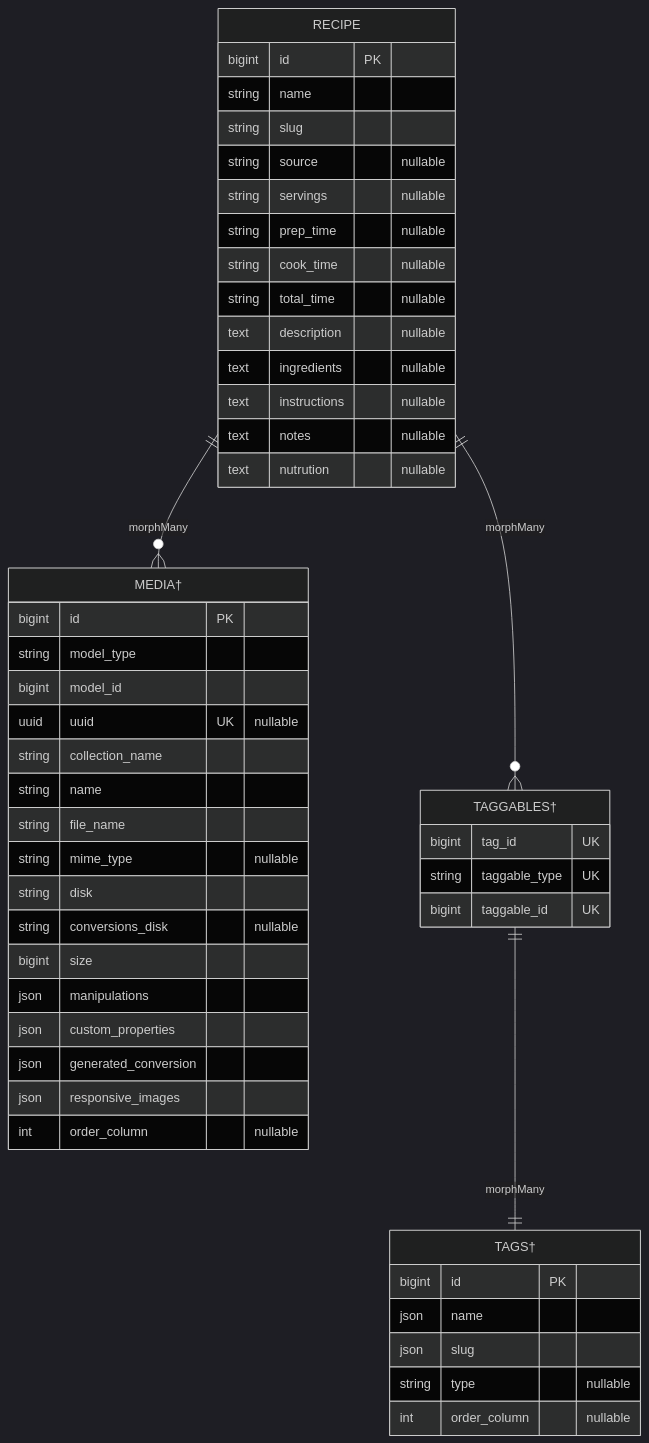
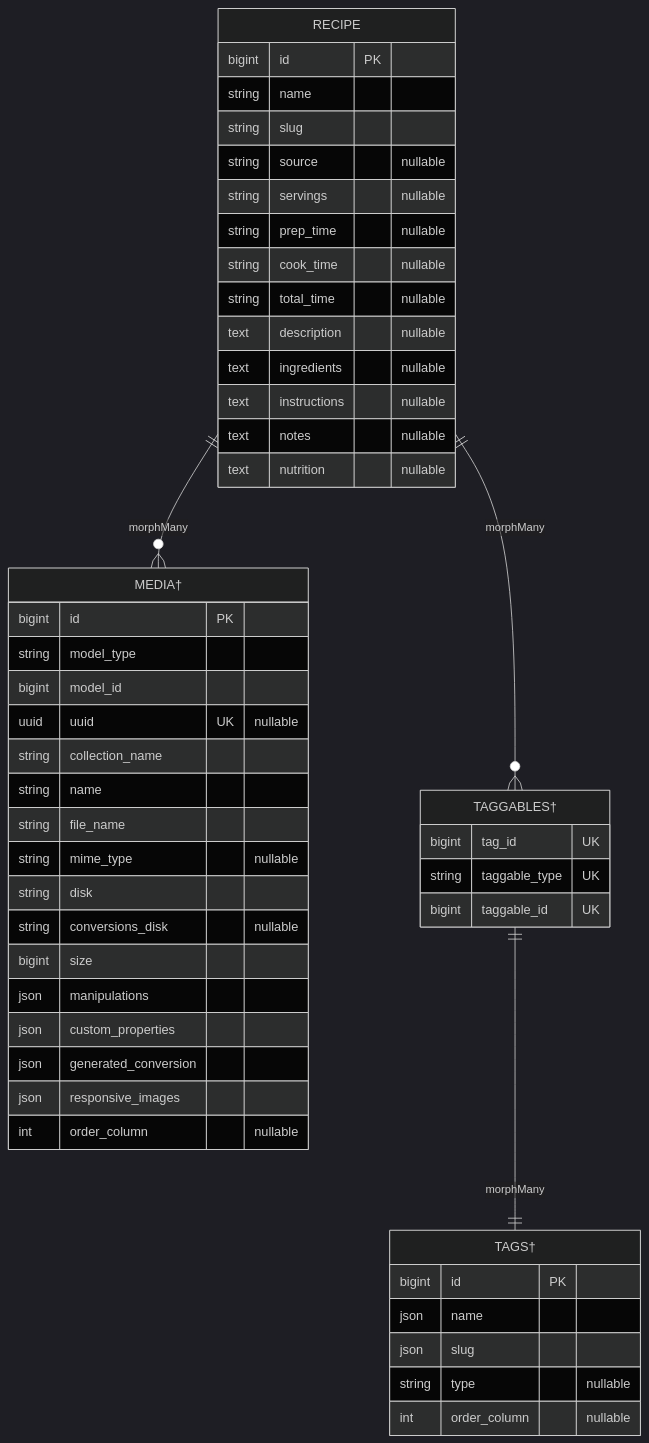
The fourth of 5 diagrams in README.md (techenby/sunny), drawn with Mermaid (dark theme) before and after one commit. The commit also changed other lines of this file, not shown here.

````diff
--- a/README.md
+++ b/README.md
@@ -77,51 +77,51 @@
 ```mermaid
 erDiagram
     RECIPE ||--o{ "MEDIA†": morphMany
     RECIPE ||--o{ "TAGGABLES†": morphMany
     "TAGGABLES†" ||--|| "TAGS†": morphMany
     RECIPE {
         bigint id PK
         string name
         string slug
         string source "nullable"
         string servings "nullable"
         string prep_time "nullable"
         string cook_time "nullable"
         string total_time "nullable"
         text description "nullable"
         text ingredients "nullable"
         text instructions "nullable"
         text notes "nullable"
-        text nutrution "nullable"
+        text nutrition "nullable"
     }
     "MEDIA†" {
         bigint id PK
         string model_type
         bigint model_id
         uuid uuid UK "nullable"
         string collection_name
         string name
         string file_name
         string mime_type "nullable"
         string disk
         string conversions_disk "nullable"
         bigint size
         json manipulations
         json custom_properties
         json generated_conversion
         json responsive_images
         int order_column "nullable"
     }
     "TAGS†" {
         bigint id PK
         json name
         json slug
         string type "nullable"
         int order_column "nullable"
     }
     "TAGGABLES†" {
         bigint tag_id UK
         string taggable_type UK
         bigint taggable_id UK
     }
 ```
````
